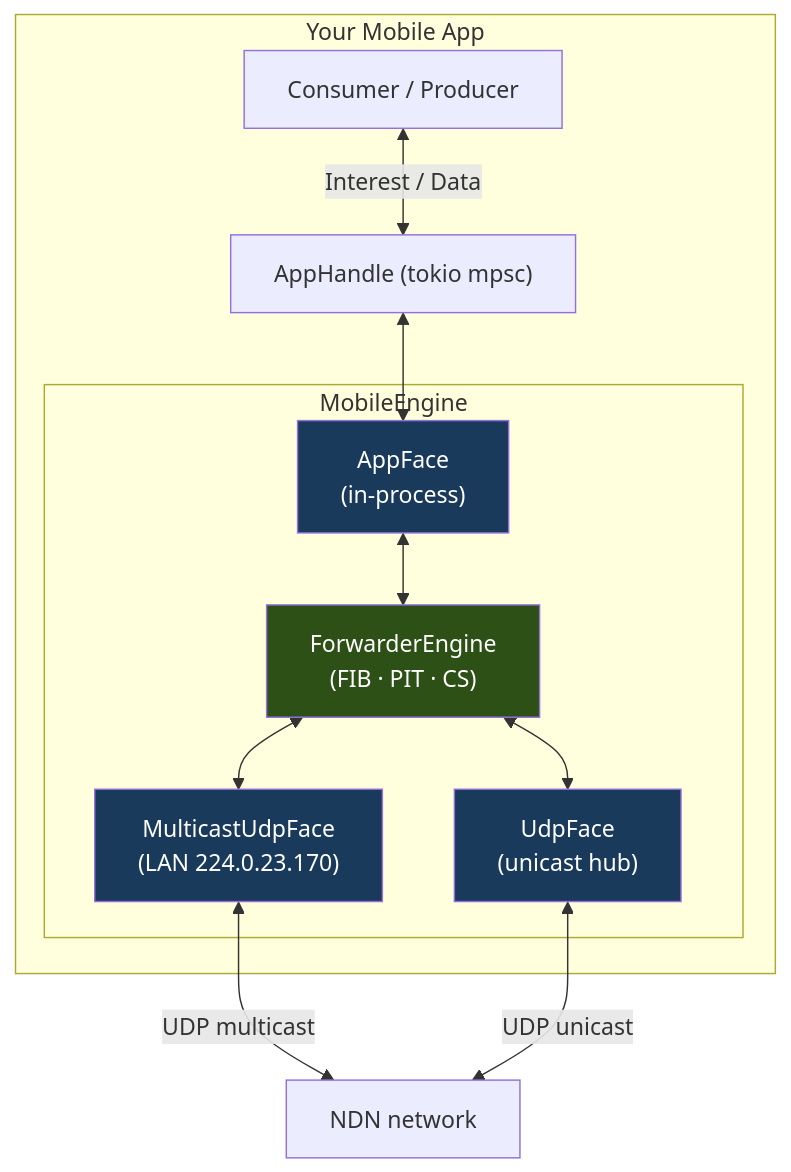
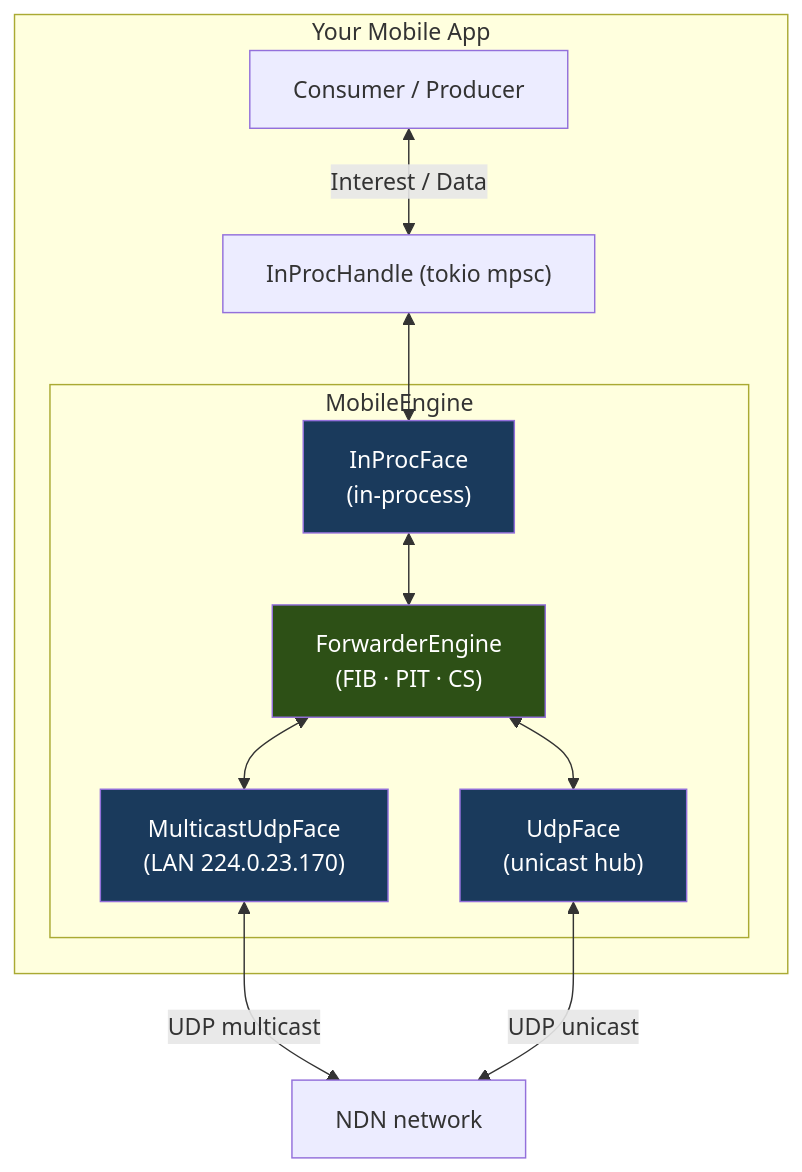
One commit to Quarmire/ndn-rs changed the diagram in docs/wiki/src/guides/mobile-apps.md. Above: the diagram before and after it, drawn with Mermaid. The commit also changed other lines of this file and 29 other files, not shown here.

First line of the commit message:
docs: update ARCHITECTURE.md, wiki, and CHANGELOG for v0.1.0

````diff
--- a/docs/wiki/src/guides/mobile-apps.md
+++ b/docs/wiki/src/guides/mobile-apps.md
@@ -5,27 +5,27 @@
 ```mermaid
 graph TD
     subgraph "Your Mobile App"
         C["Consumer / Producer"]
-        A["AppHandle (tokio mpsc)"]
+        A["InProcHandle (tokio mpsc)"]
         subgraph "MobileEngine"
             FWD["ForwarderEngine\n(FIB · PIT · CS)"]
-            AF["AppFace\n(in-process)"]
+            AF["InProcFace\n(in-process)"]
             MF["MulticastUdpFace\n(LAN 224.0.23.170)"]
             UF["UdpFace\n(unicast hub)"]
         end
     end
     NET["NDN network"]
 
     C <-->|"Interest / Data"| A
     A <--> AF
     AF <--> FWD
     FWD <--> MF
     FWD <--> UF
     MF <-->|"UDP multicast"| NET
     UF <-->|"UDP unicast"| NET
 
     style FWD fill:#2d5016,color:#fff
     style AF fill:#1a3a5c,color:#fff
     style MF fill:#1a3a5c,color:#fff
     style UF fill:#1a3a5c,color:#fff
 ```
````
